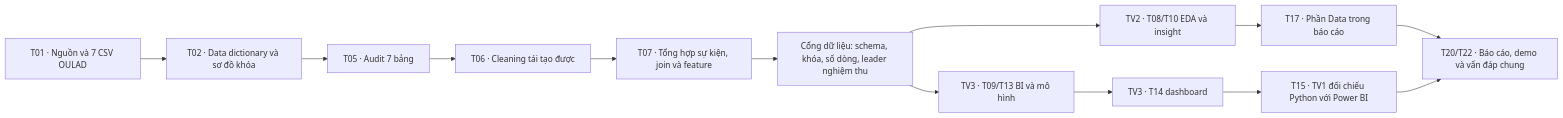
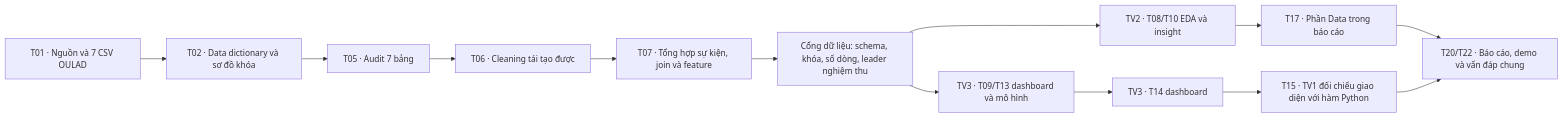
Before and after one commit to vhoanglong54/TTDLTQ_FINAL: the diagram in TV1/plan.md, drawn with Mermaid. The commit also changed other lines of this file and 29 other files, not shown here.

````diff
--- a/TV1/plan.md
+++ b/TV1/plan.md
@@ -18,15 +18,15 @@
 ```mermaid
 flowchart LR
     A["T01 · Nguồn và 7 CSV OULAD"] --> B["T02 · Data dictionary và sơ đồ khóa"]
     B --> C["T05 · Audit 7 bảng"]
     C --> D["T06 · Cleaning tái tạo được"]
     D --> E["T07 · Tổng hợp sự kiện, join và feature"]
     E --> F["Cổng dữ liệu: schema, khóa, số dòng, leader nghiệm thu"]
     F --> G["TV2 · T08/T10 EDA và insight"]
-    F --> H["TV3 · T09/T13 BI và mô hình"]
+    F --> H["TV3 · T09/T13 dashboard và mô hình"]
     G --> I["T17 · Phần Data trong báo cáo"]
     H --> J["TV3 · T14 dashboard"]
-    J --> K["T15 · TV1 đối chiếu Python với Power BI"]
+    J --> K["T15 · TV1 đối chiếu giao diện với hàm Python"]
     I --> L["T20/T22 · Báo cáo, demo và vấn đáp chung"]
     K --> L
 ```
````
